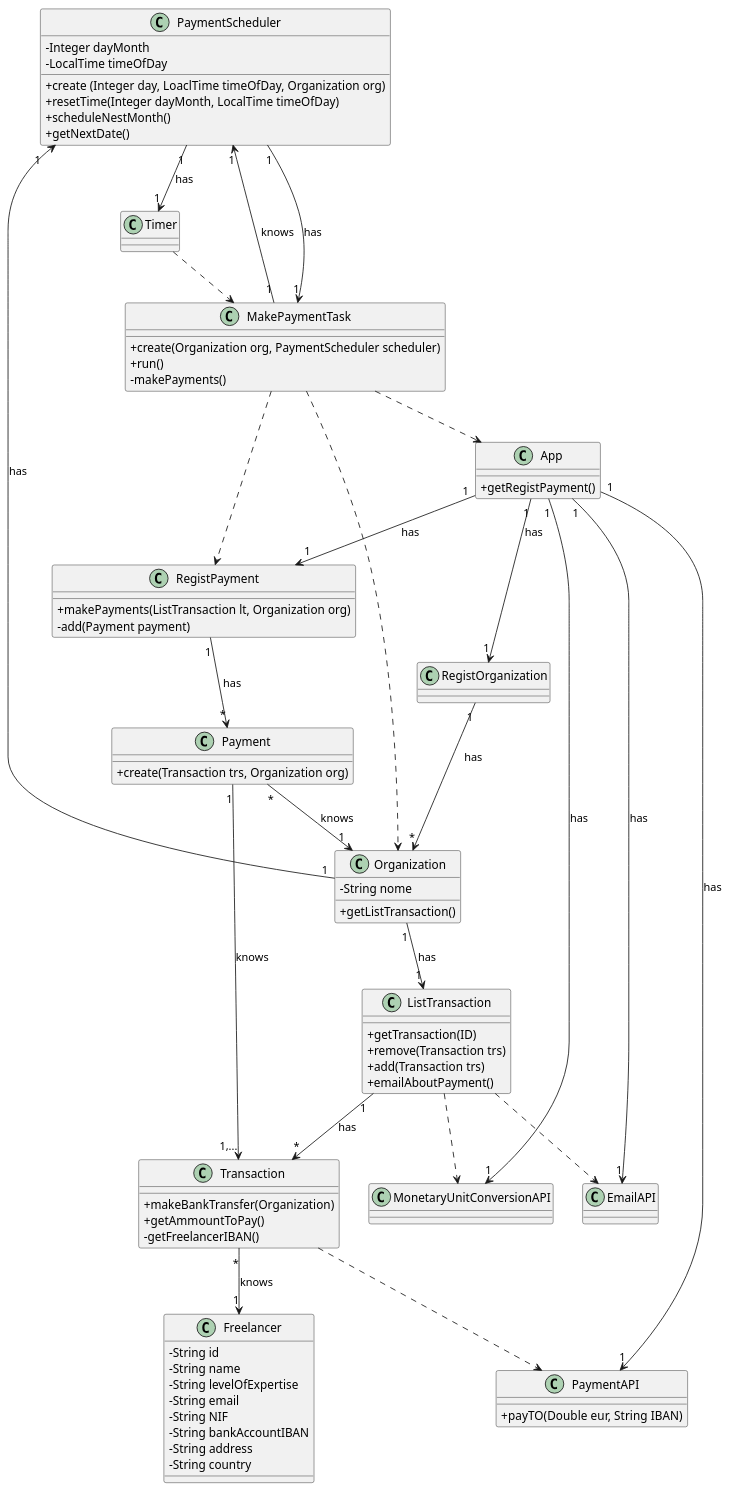
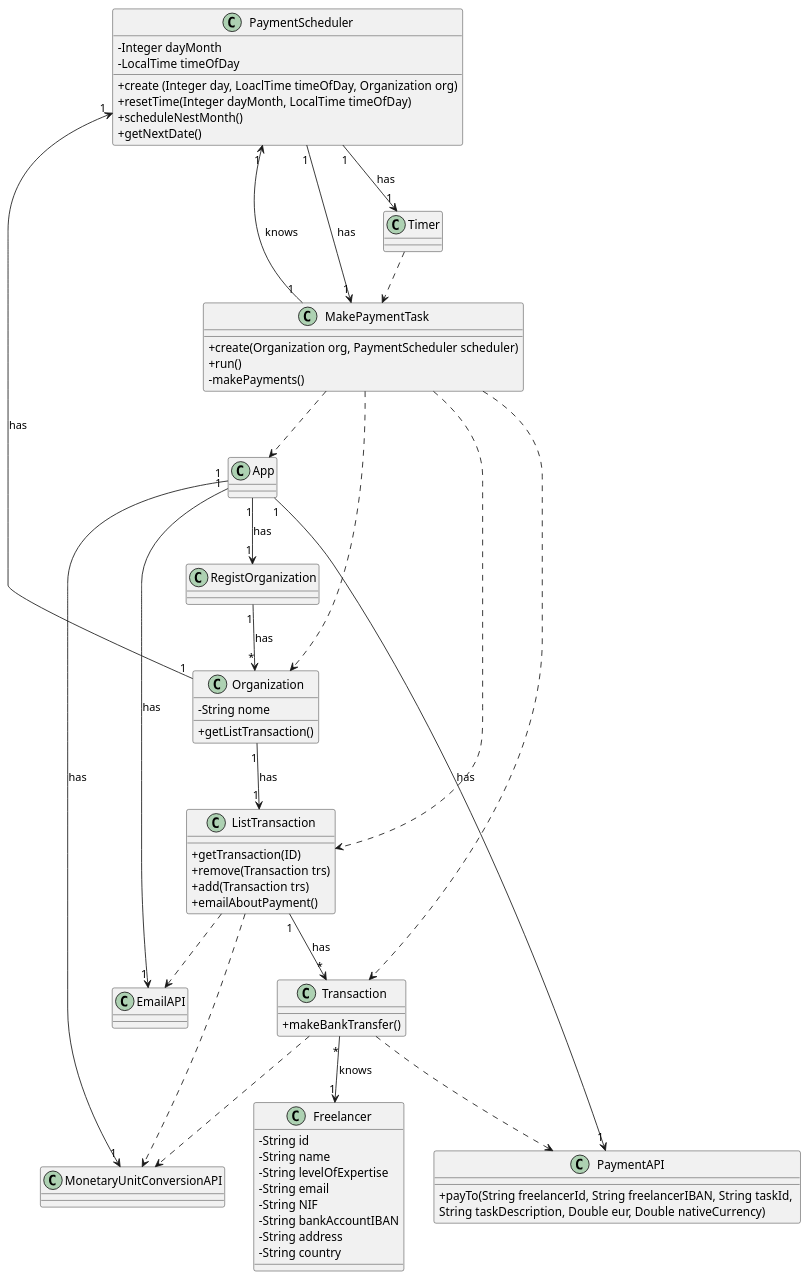
The diagram in docs/UC_06/CD.puml (botelho-io/lapr2-2020-g029), drawn with PlantUML before and after one commit. The commit also changed 18 other files, not shown here.

```diff
--- a/docs/UC_06/CD.puml
+++ b/docs/UC_06/CD.puml
@@ -1,99 +1,82 @@
 @startuml CD
 skinparam classAttributeIconSize 0
 top to bottom direction
 
 class PaymentScheduler {
         - Integer dayMonth
         - LocalTime timeOfDay
         + create (Integer day, LoaclTime timeOfDay, Organization org)
         + resetTime(Integer dayMonth, LocalTime timeOfDay)
         + scheduleNestMonth()
         + getNextDate()
 }
 
 class MakePaymentTask {
         + create(Organization org, PaymentScheduler scheduler)
         + run()
         - makePayments()
 }
 
-class App {
-        + getRegistPayment()
-}
-
 class PaymentAPI {
-        + payTO(Double eur, String IBAN)
+        + payTo(String freelancerId, String freelancerIBAN, String taskId, \nString taskDescription, Double eur, Double nativeCurrency)
 }
 
 class EmailAPI {
 
 }
 
 class MonetaryUnitConversionAPI {
 
 }
 
 class Organization {
         - String nome
         + getListTransaction()
 }
 
 class ListTransaction {
         + getTransaction(ID)
         + remove(Transaction trs)
         + add(Transaction trs)
         + emailAboutPayment()
 }
 
 class Transaction {
-        + makeBankTransfer(Organization)
-        + getAmmountToPay()
-        - getFreelancerIBAN()
+        + makeBankTransfer()
 }
 
 class Freelancer {
         - String id
         - String name
         - String levelOfExpertise
         - String email
         - String NIF
         - String bankAccountIBAN
         - String address
         - String country
 }
 
-class RegistPayment {
-        + makePayments(ListTransaction lt, Organization org)
-        - add(Payment payment)
-}
-
-class Payment {
-        + create(Transaction trs, Organization org)
-}
-
 
 App                          "1" --> "1"      EmailAPI                  : has
 App                          "1" --> "1"      PaymentAPI                : has
-App                          "1" --> "1"      RegistPayment             : has
 App                          "1" --> "1"      RegistOrganization        : has
 App                          "1" --> "1"      MonetaryUnitConversionAPI : has
 Timer                            ..>          MakePaymentTask
-Payment                      "1" --> "1,..."  Transaction               : knows
-Payment                      "*" --> "1"      Organization              : knows
 Transaction                      ..>          PaymentAPI
 Transaction                  "*" --> "1"      Freelancer                : knows
+Transaction                      ..>          MonetaryUnitConversionAPI
 Organization                 "1" --> "1"      ListTransaction           : has
 Organization                 "1" --> "1"      PaymentScheduler          : has
-RegistPayment                "1" --> "*"      Payment                   : has
 MakePaymentTask                  ..>          App
 MakePaymentTask                  ..>          Organization
-MakePaymentTask                  ..>          RegistPayment
+MakePaymentTask                  ..>          ListTransaction
+MakePaymentTask                  ..>          Transaction
 MakePaymentTask              "1" --> "1"      PaymentScheduler          : knows
 ListTransaction                  ..>          EmailAPI
 ListTransaction              "1" --> "*"      Transaction               : has
 ListTransaction                  ..>          MonetaryUnitConversionAPI
 PaymentScheduler             "1" --> "1"      Timer                     : has
 PaymentScheduler             "1" --> "1"      MakePaymentTask           : has
 RegistOrganization           "1" --> "*"      Organization              : has
 
 @enduml
```
